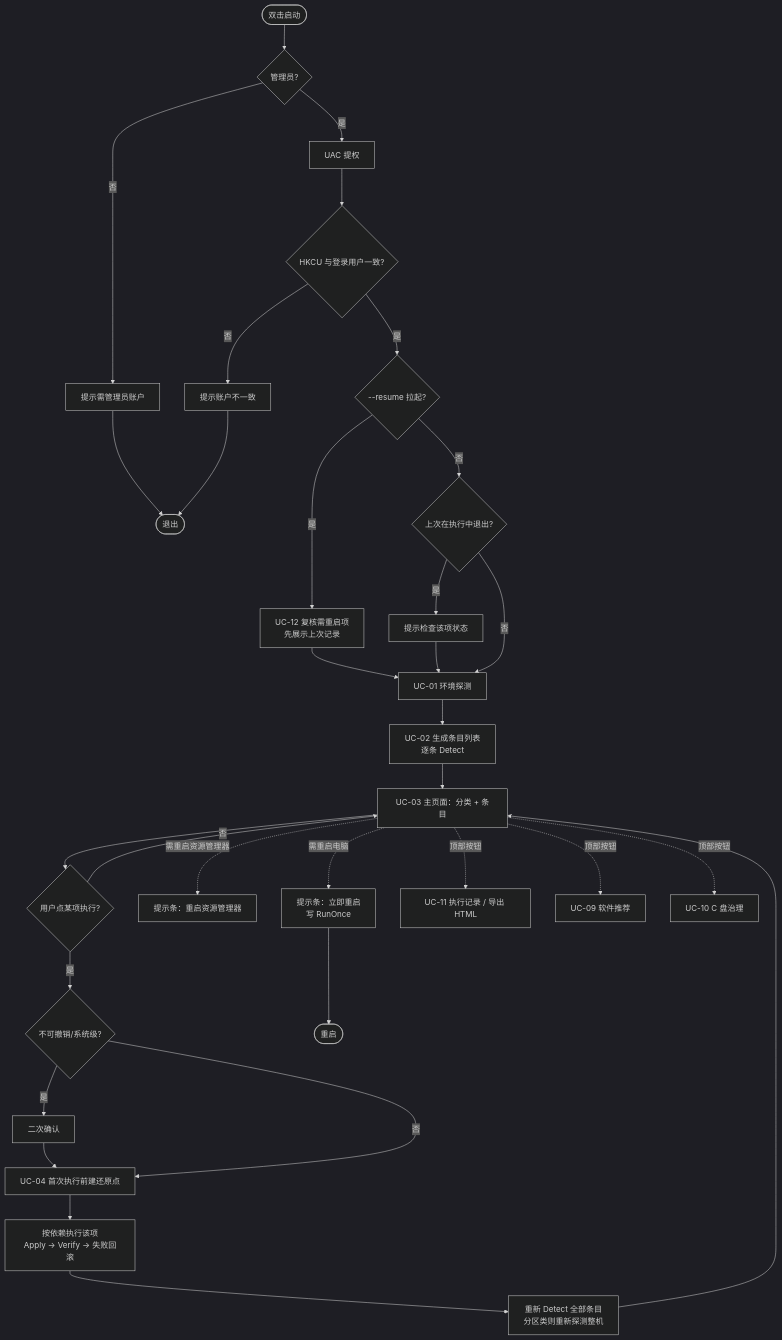
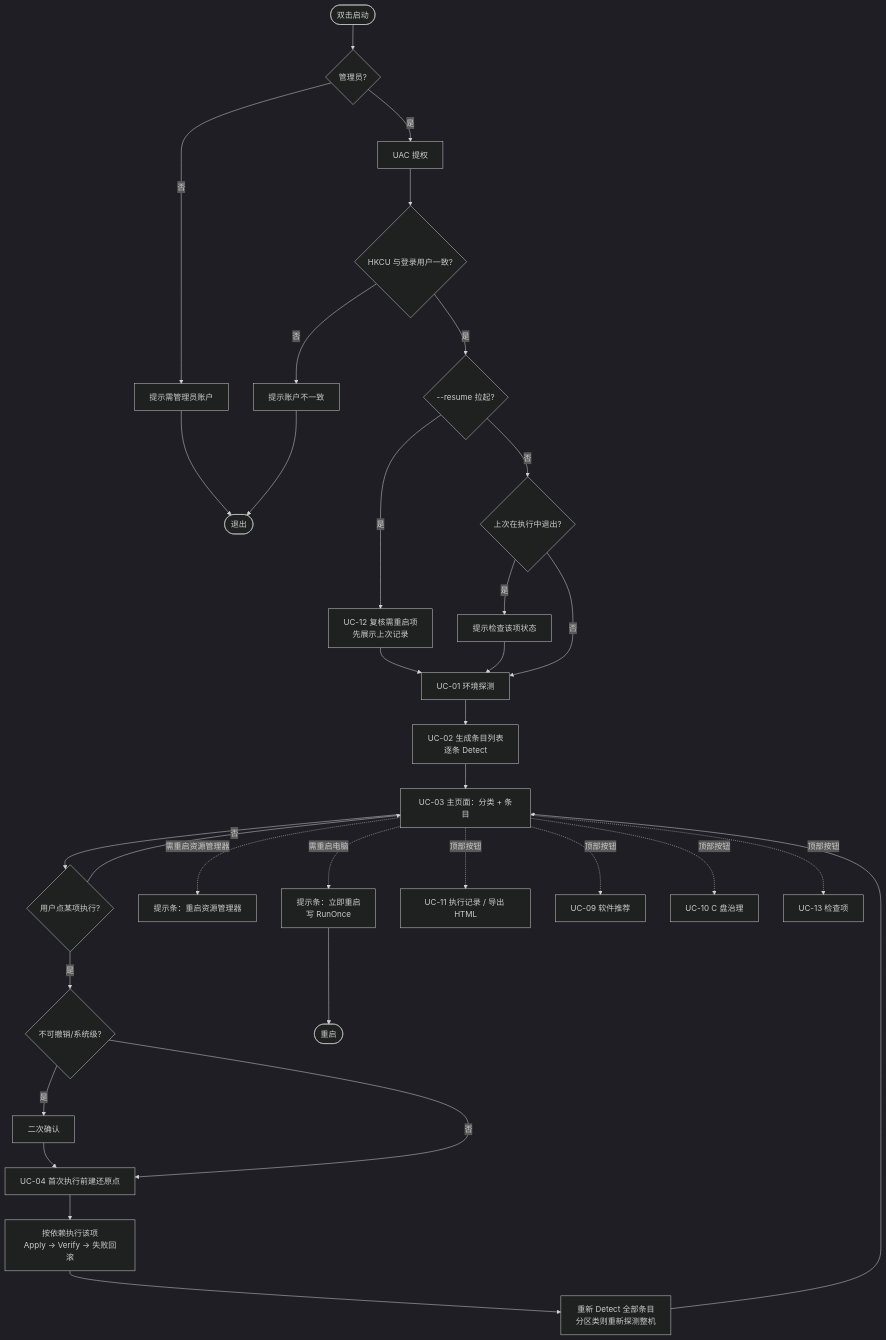
One commit to CookPiu/WinHomestead changed the second of 8 diagrams in docs/02-用例与用户流程.md. Above: the diagram before and after it, drawn with Mermaid (dark theme). The commit also changed other lines of this file and 24 other files, not shown here.

````diff
--- a/docs/02-用例与用户流程.md
+++ b/docs/02-用例与用户流程.md
@@ -288,28 +289,29 @@
 ```mermaid
 flowchart TD
   A([双击启动]) --> B{管理员?}
   B -- 否 --> B1[提示需管理员账户] --> Z([退出])
   B -- 是 --> C[UAC 提权]
   C --> D{HKCU 与登录用户一致?}
   D -- 否 --> D1[提示账户不一致] --> Z
   D -- 是 --> E{"--resume 拉起?"}
   E -- 是 --> E1[UC-12 复核需重启项<br/>先展示上次记录] --> F
   E -- 否 --> E2{上次在执行中退出?}
   E2 -- 是 --> E3[提示检查该项状态] --> F
   E2 -- 否 --> F[UC-01 环境探测]
   F --> G[UC-02 生成条目列表<br/>逐条 Detect]
   G --> H[UC-03 主页面：分类 + 条目]
   H --> I{用户点某项执行?}
   I -- 否 --> H
   I -- 是 --> J{不可撤销/系统级?}
   J -- 是 --> J1[二次确认] --> K
   J -- 否 --> K[UC-04 首次执行前建还原点]
   K --> K1[按依赖执行该项<br/>Apply → Verify → 失败回滚]
   K1 --> K2[重新 Detect 全部条目<br/>分区类则重新探测整机]
   K2 --> H
   H -.需重启资源管理器.-> R1[提示条：重启资源管理器]
   H -.需重启电脑.-> R2[提示条：立即重启<br/>写 RunOnce] --> Z2([重启])
   H -.顶部按钮.-> S1[UC-11 执行记录 / 导出 HTML]
   H -.顶部按钮.-> S2[UC-09 软件推荐]
   H -.顶部按钮.-> S3[UC-10 C 盘治理]
+  H -.顶部按钮.-> S4[UC-13 检查项]
 ```
````
